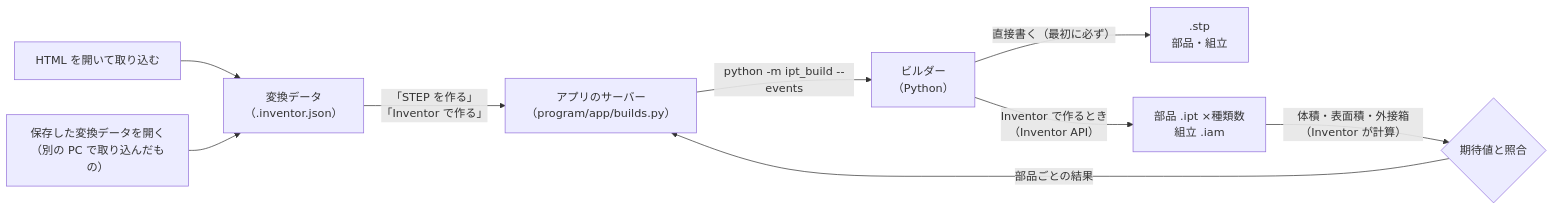
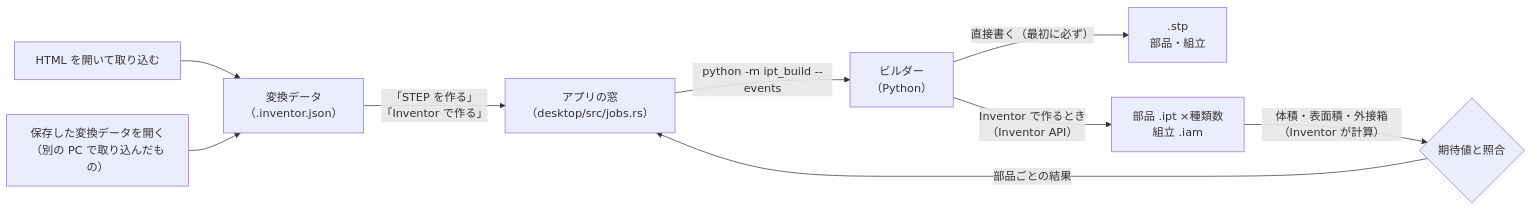
The diagram in docs/inventor-builder.md (satoshi-hello-vlioilv/Inventor), drawn with Mermaid before and after one commit. The commit also changed other lines of this file and 63 other files, not shown here.

First line of the commit message:
Move to a desktop app: a Tauri (Rust) window replaces Flask and the VBS launcher

````diff
--- a/docs/inventor-builder.md
+++ b/docs/inventor-builder.md
@@ -6,11 +6,11 @@
 ```mermaid
 flowchart LR
   H["HTML を開いて取り込む"] --> SPEC["変換データ<br/>（.inventor.json）"]
   J["保存した変換データを開く<br/>（別の PC で取り込んだもの）"] --> SPEC
-  SPEC -- "「STEP を作る」<br/>「Inventor で作る」" --> SRV["アプリのサーバー<br/>（program/app/builds.py）"]
+  SPEC -- "「STEP を作る」<br/>「Inventor で作る」" --> SRV["アプリの窓<br/>（desktop/src/jobs.rs）"]
   SRV -- "python -m ipt_build --events" --> B["ビルダー<br/>（Python）"]
   B -- "直接書く（最初に必ず）" --> S[".stp<br/>部品・組立"]
   B -- "Inventor で作るとき<br/>（Inventor API）" --> C["部品 .ipt ×種類数<br/>組立 .iam"]
   C -- "体積・表面積・外接箱（Inventor が計算）" --> D{"期待値と照合"}
   D -- "部品ごとの結果" --> SRV
 ```
````
